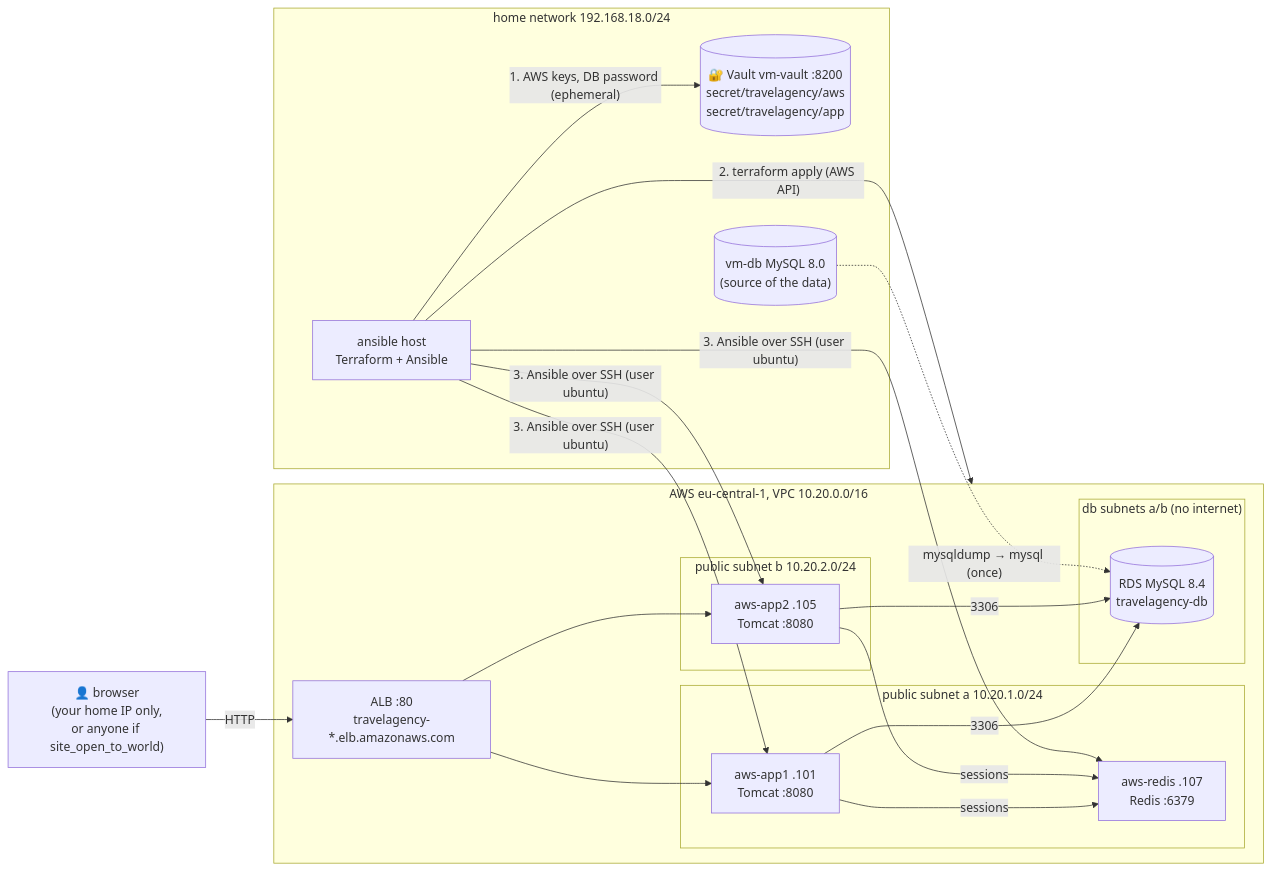
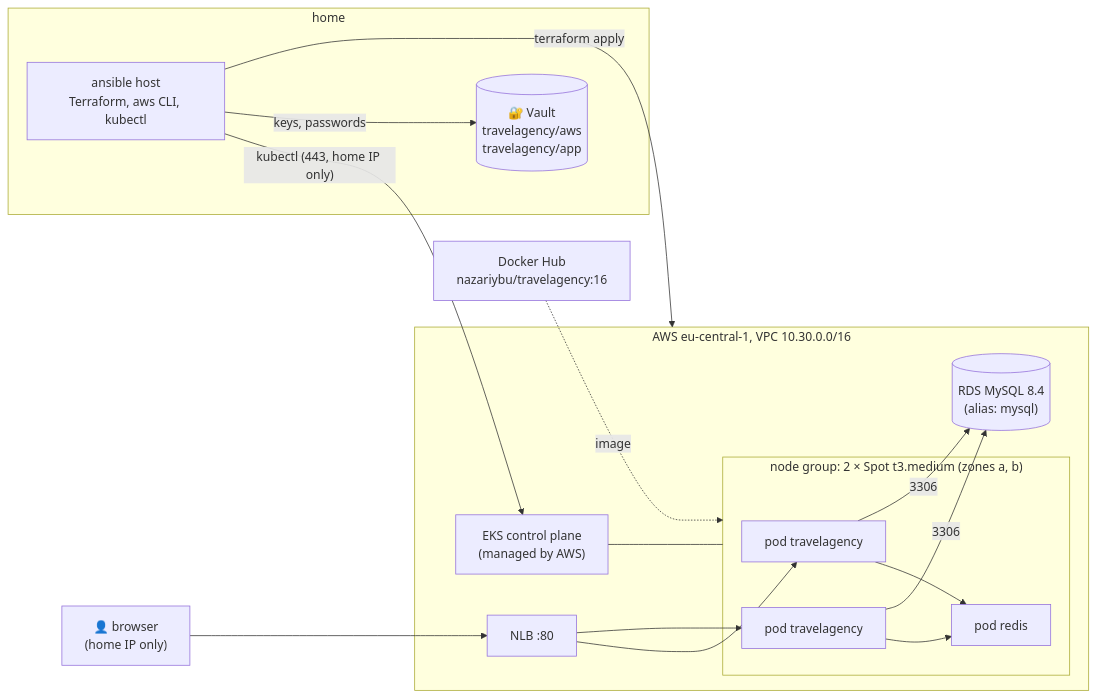
One commit to nazariybu/travelagency changed the diagram in README.md. Above: the diagram before and after it, drawn with Mermaid. The commit also changed other lines of this file and 23 other files, not shown here.

First line of the commit message:
Add Kubernetes configurations and Terraform setup for EKS deployment

````diff
--- a/README.md
+++ b/README.md
@@ -16,32 +21,27 @@
 ```mermaid
 flowchart LR
-  user["👤 browser<br/>(your home IP only,<br/>or anyone if site_open_to_world)"]
-
-  subgraph home["home network 192.168.18.0/24"]
-    ah["ansible host<br/>Terraform + Ansible"]
-    vault[("🔐 Vault vm-vault :8200<br/>secret/travelagency/aws<br/>secret/travelagency/app")]
-    db0[("vm-db MySQL 8.0<br/>(source of the data)")]
+  user["👤 browser<br/>(home IP only)"]
+  subgraph home["home"]
+    ah["ansible host<br/>Terraform, aws CLI, kubectl"]
+    vault[("🔐 Vault<br/>travelagency/aws<br/>travelagency/app")]
   end
-
-  subgraph aws["AWS eu-central-1, VPC 10.20.0.0/16"]
-    alb["ALB :80<br/>travelagency-*.elb.amazonaws.com"]
-    subgraph pa["public subnet a 10.20.1.0/24"]
-      app1["aws-app1 .101<br/>Tomcat :8080"]
-      redis["aws-redis .107<br/>Redis :6379"]
+  subgraph aws["AWS eu-central-1, VPC 10.30.0.0/16"]
+    cp["EKS control plane<br/>(managed by AWS)"]
+    nlb["NLB :80"]
+    subgraph nodes["node group: 2 × Spot t3.medium (zones a, b)"]
+      app1["pod travelagency"]
+      app2["pod travelagency"]
+      redis["pod redis"]
     end
-    subgraph pb["public subnet b 10.20.2.0/24"]
-      app2["aws-app2 .105<br/>Tomcat :8080"]
-    end
-    subgraph dbs["db subnets a/b (no internet)"]
-      rds[("RDS MySQL 8.4<br/>travelagency-db")]
-    end
+    rds[("RDS MySQL 8.4<br/>(alias: mysql)")]
   end
-
-  user -- HTTP --> alb --> app1 & app2
-  app1 & app2 -- sessions --> redis
+  hub["Docker Hub<br/>nazariybu/travelagency:16"]
+  user --> nlb --> app1 & app2
+  app1 & app2 --> redis
   app1 & app2 -- 3306 --> rds
-  ah -- "1. AWS keys, DB password (ephemeral)" --> vault
-  ah -- "2. terraform apply (AWS API)" --> aws
-  ah -- "3. Ansible over SSH (user ubuntu)" --> app1 & app2 & redis
-  db0 -. "mysqldump → mysql (once)" .-> rds
+  hub -. image .-> nodes
+  ah -- "terraform apply" --> aws
+  ah -- "kubectl (443, home IP only)" --> cp
+  cp --- nodes
+  ah -- keys, passwords --> vault
 ```
````
